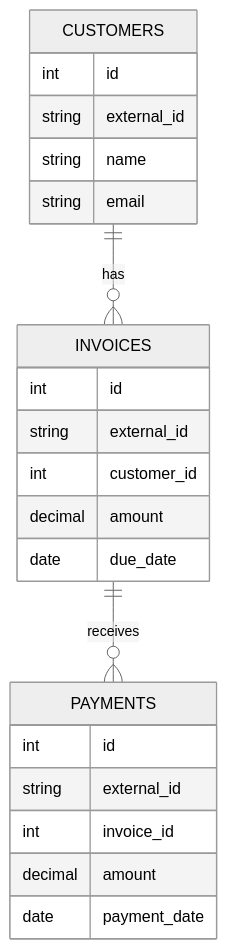
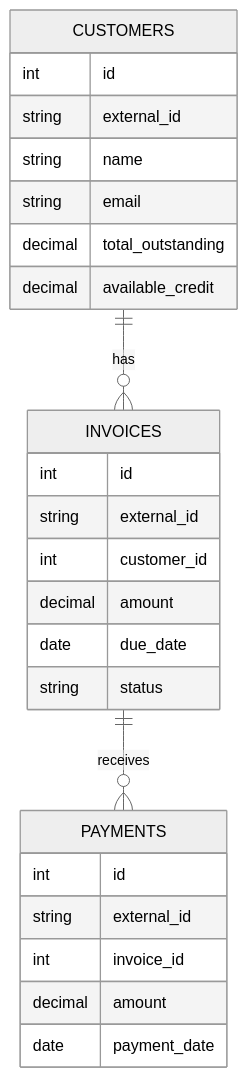
Before and after one commit to shikherjha/TakaadaSync: the fourth of 4 diagrams in README.md, drawn with Mermaid (neutral theme). The commit also changed other lines of this file, not shown here.

````diff
--- a/README.md
+++ b/README.md
@@ -59,28 +74,31 @@
 ```mermaid
 erDiagram
     CUSTOMERS ||--o{ INVOICES : has
     INVOICES ||--o{ PAYMENTS : receives
 
     CUSTOMERS {
         int id
         string external_id
         string name
         string email
+        decimal total_outstanding
+        decimal available_credit
     }
 
     INVOICES {
         int id
         string external_id
         int customer_id
         decimal amount
         date due_date
+        string status
     }
 
     PAYMENTS {
         int id
         string external_id
         int invoice_id
         decimal amount
         date payment_date
     }
 ```
````
